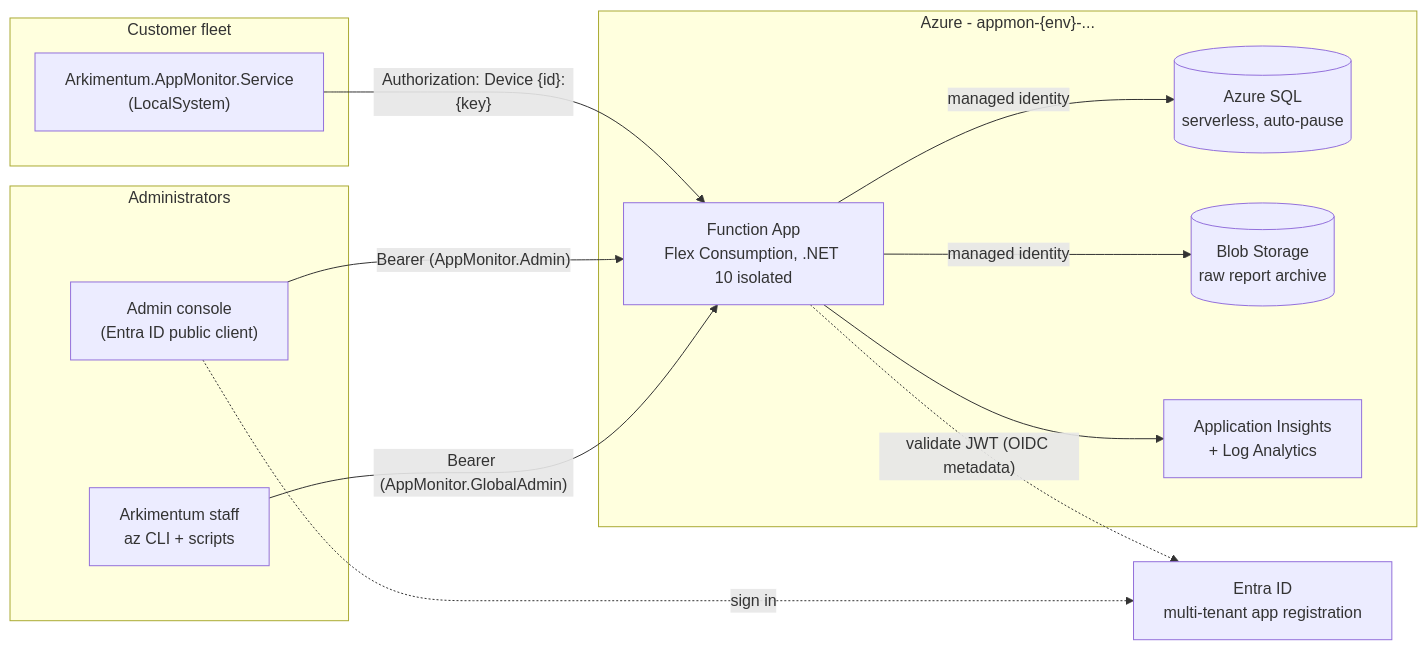
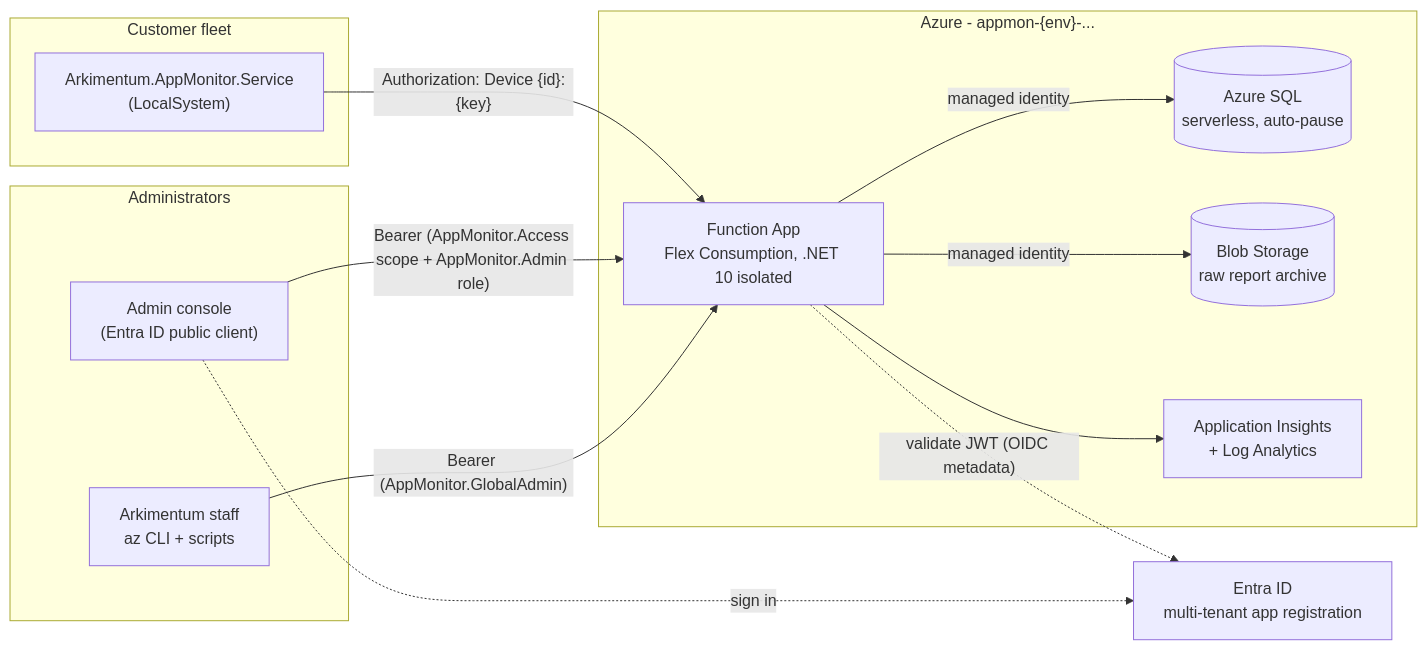
The diagram in cloud/README.md (woodyard/AppMonitor), drawn with Mermaid before and after one commit. The commit also changed other lines of this file and 40 other files, not shown here.

````diff
--- a/cloud/README.md
+++ b/cloud/README.md
@@ -24,26 +24,26 @@
 ```mermaid
 flowchart LR
     subgraph Fleet["Customer fleet"]
         SVC["Arkimentum.AppMonitor.Service<br/>(LocalSystem)"]
     end
     subgraph Operator["Administrators"]
         CONSOLE["Admin console<br/>(Entra ID public client)"]
         OPS["Arkimentum staff<br/>az CLI + scripts"]
     end
     subgraph Azure["Azure - appmon-{env}-..."]
         FUNC["Function App<br/>Flex Consumption, .NET 10 isolated"]
         SQL[("Azure SQL<br/>serverless, auto-pause")]
         BLOB[("Blob Storage<br/>raw report archive")]
         AI["Application Insights<br/>+ Log Analytics"]
     end
     ENTRA["Entra ID<br/>multi-tenant app registration"]
 
     SVC -- "Authorization: Device {id}:{key}" --> FUNC
-    CONSOLE -- "Bearer (AppMonitor.Admin)" --> FUNC
+    CONSOLE -- "Bearer (AppMonitor.Access scope + AppMonitor.Admin role)" --> FUNC
     OPS -- "Bearer (AppMonitor.GlobalAdmin)" --> FUNC
     CONSOLE -. "sign in" .-> ENTRA
     FUNC -. "validate JWT (OIDC metadata)" .-> ENTRA
     FUNC -- "managed identity" --> SQL
     FUNC -- "managed identity" --> BLOB
     FUNC --> AI
 ```
````
